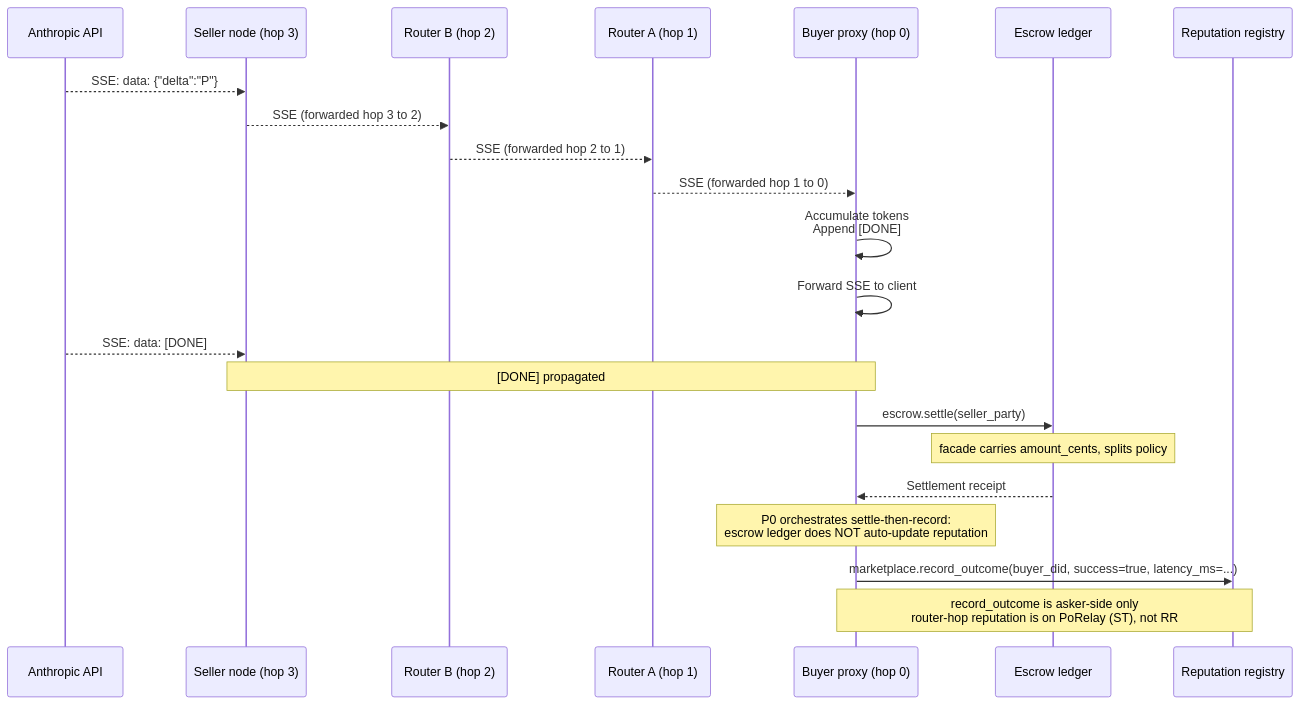
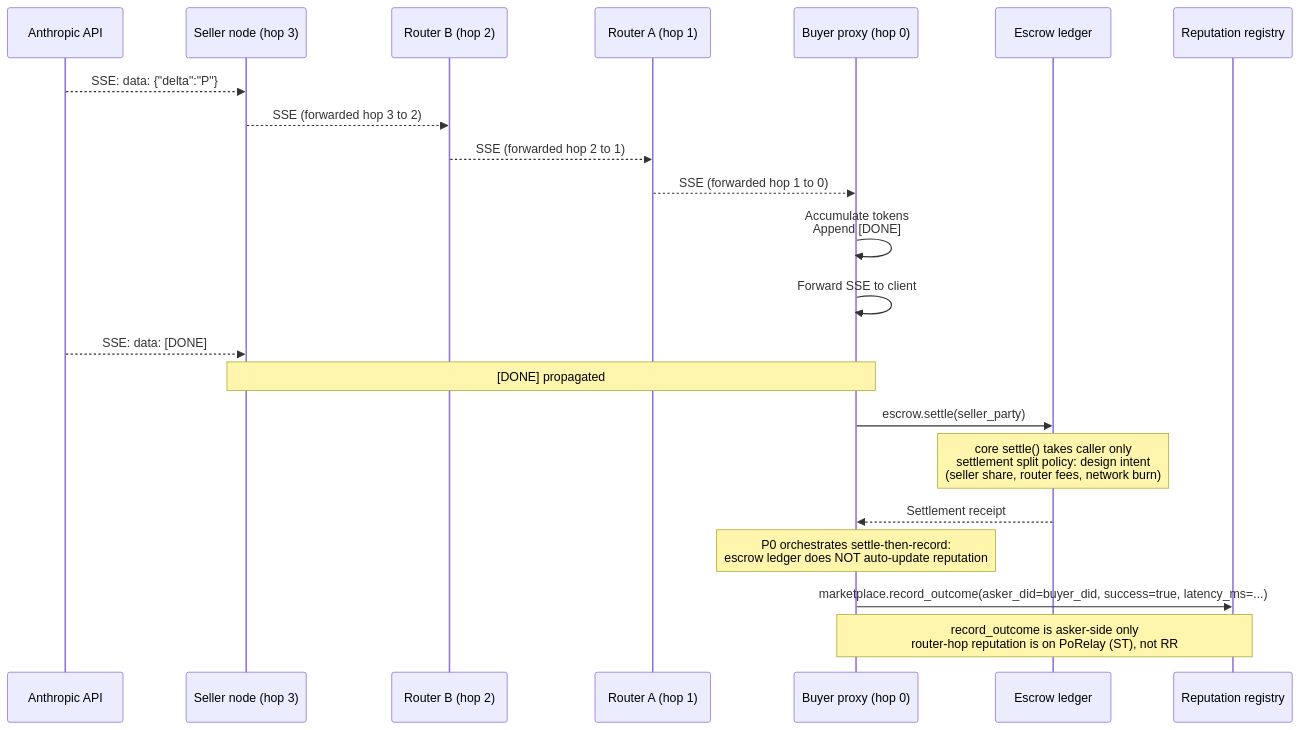
Before and after one commit to CipherOcto/cipherocto: the tenth of 14 diagrams in docs/architecture/end-to-end-scenarios.md, drawn with Mermaid. The commit also changed other lines of this file, not shown here.

````diff
--- a/docs/architecture/end-to-end-scenarios.md
+++ b/docs/architecture/end-to-end-scenarios.md
@@ -432,27 +432,27 @@
 ```mermaid
 sequenceDiagram
     participant ANT as Anthropic API
     participant SN as Seller node (hop 3)
     participant P2 as Router B (hop 2)
     participant P1 as Router A (hop 1)
     participant P0 as Buyer proxy (hop 0)
     participant E as Escrow ledger
     participant RR as Reputation registry
 
     ANT-->>SN: SSE: data: {"delta":"P"}
     SN-->>P2: SSE (forwarded hop 3 to 2)
     P2-->>P1: SSE (forwarded hop 2 to 1)
     P1-->>P0: SSE (forwarded hop 1 to 0)
     P0->>P0: Accumulate tokens<br/>Append [DONE]
     P0->>P0: Forward SSE to client
 
     ANT-->>SN: SSE: data: [DONE]
     Note over SN,P0: [DONE] propagated
 
     P0->>E: escrow.settle(seller_party)
-    Note over E: facade carries amount_cents, splits policy
+    Note over E: core settle() takes caller only<br/>settlement split policy: design intent<br/>(seller share, router fees, network burn)
     E-->>P0: Settlement receipt
     Note over P0: P0 orchestrates settle-then-record:<br/>escrow ledger does NOT auto-update reputation
-    P0->>RR: marketplace.record_outcome(buyer_did, success=true, latency_ms=...)
+    P0->>RR: marketplace.record_outcome(asker_did=buyer_did, success=true, latency_ms=...)
     Note over P0,RR: record_outcome is asker-side only<br/>router-hop reputation is on PoRelay (ST), not RR
 ```
````
